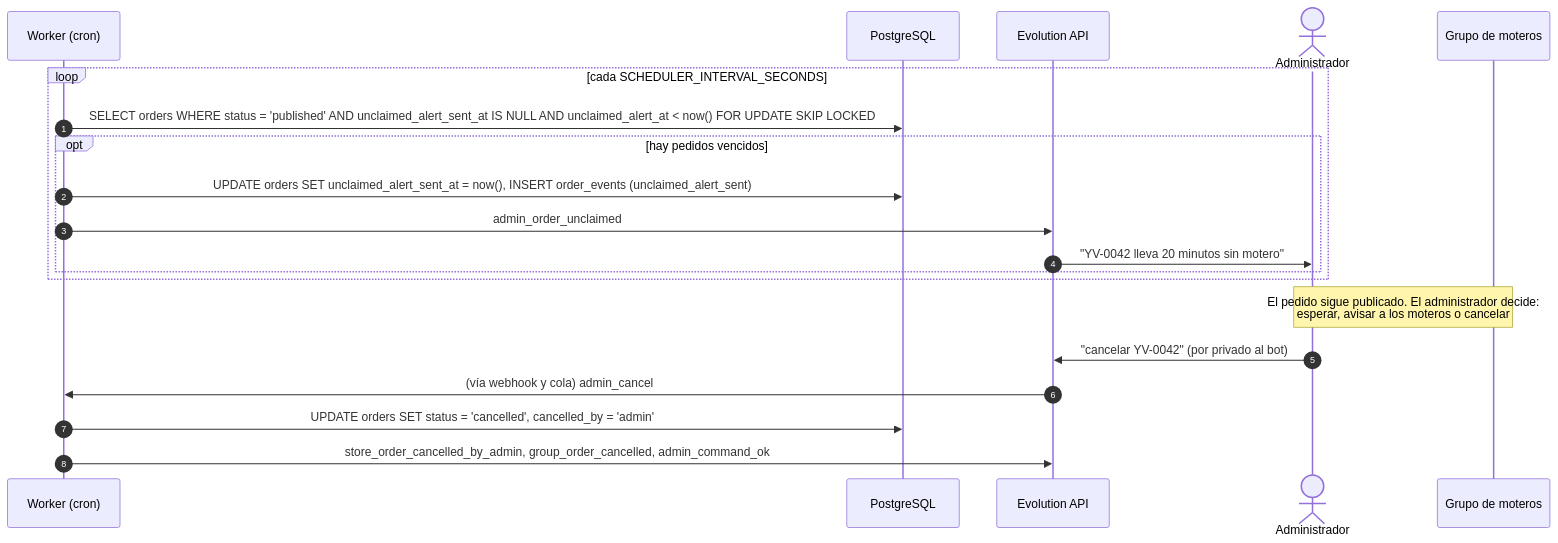
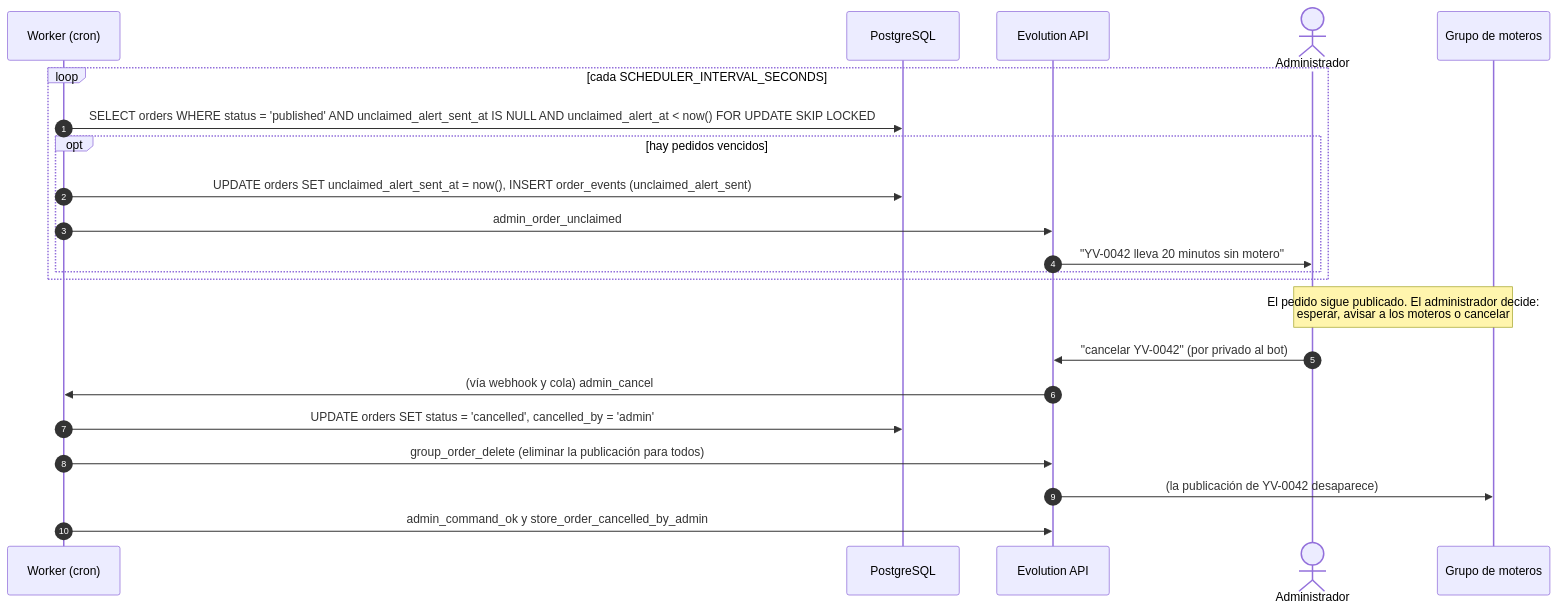
Before and after one commit to KevOrtega/ya-voy-automation-whatsapp: the fourth of 7 diagrams in docs/04-secuencias.md, drawn with Mermaid. The commit also changed other lines of this file and 8 other files, not shown here.

````diff
--- a/docs/04-secuencias.md
+++ b/docs/04-secuencias.md
@@ -198,24 +218,26 @@
 ```mermaid
 sequenceDiagram
     autonumber
     participant CR as Worker (cron)
     participant DB as PostgreSQL
     participant EVO as Evolution API
     actor AD as Administrador
     participant G as Grupo de moteros
 
     loop cada SCHEDULER_INTERVAL_SECONDS
         CR->>DB: SELECT orders WHERE status = 'published' AND unclaimed_alert_sent_at IS NULL AND unclaimed_alert_at < now() FOR UPDATE SKIP LOCKED
         opt hay pedidos vencidos
             CR->>DB: UPDATE orders SET unclaimed_alert_sent_at = now(), INSERT order_events (unclaimed_alert_sent)
             CR->>EVO: admin_order_unclaimed
             EVO->>AD: "YV-0042 lleva 20 minutos sin motero"
         end
     end
 
     Note over AD,G: El pedido sigue publicado. El administrador decide:<br/>esperar, avisar a los moteros o cancelar
     AD->>EVO: "cancelar YV-0042" (por privado al bot)
     EVO->>CR: (vía webhook y cola) admin_cancel
     CR->>DB: UPDATE orders SET status = 'cancelled', cancelled_by = 'admin'
-    CR->>EVO: store_order_cancelled_by_admin, group_order_cancelled, admin_command_ok
+    CR->>EVO: group_order_delete (eliminar la publicación para todos)
+    EVO->>G: (la publicación de YV-0042 desaparece)
+    CR->>EVO: admin_command_ok y store_order_cancelled_by_admin
 ```
````
